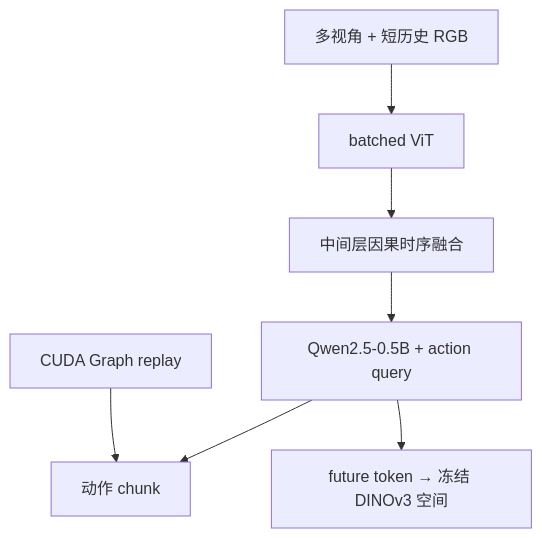
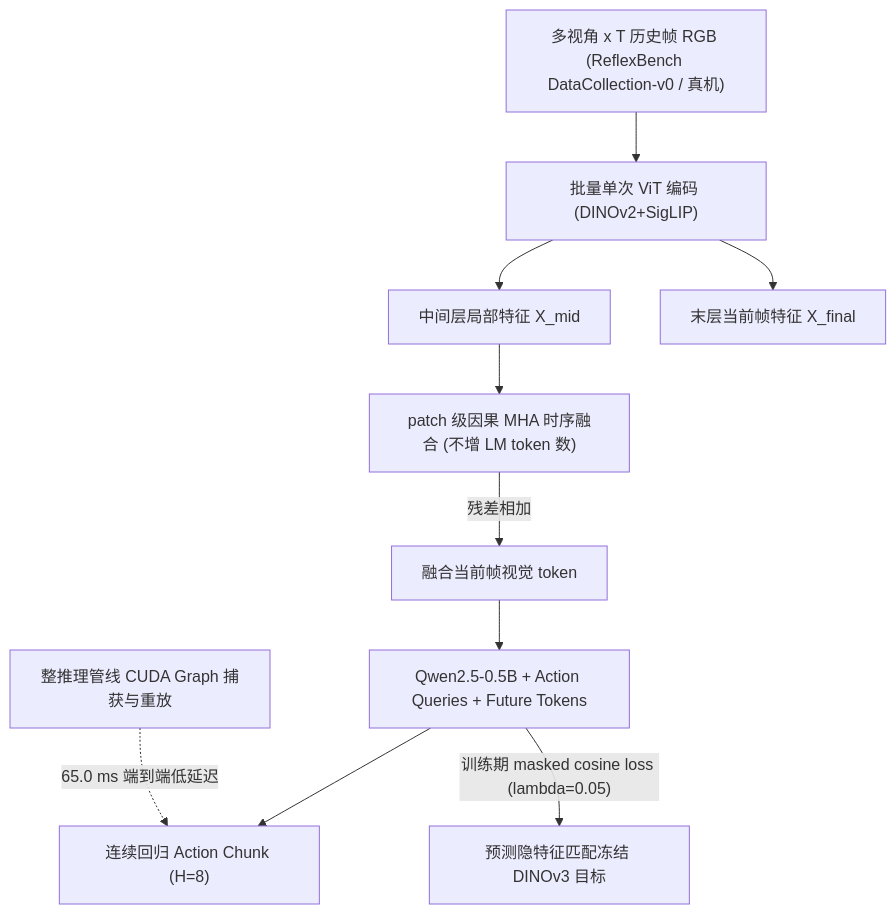
The first of 2 diagrams in wiki/entities/paper-reflexvla.md (ImChong/Robotics_Notebooks), drawn with Mermaid before and after one commit. The commit also changed other lines of this file and 192 other files, not shown here.

Commit message:
[2026-11-14] ingest | roadmap/depth-vla.md — 补齐 VLA 纵深路线全部节点原文证据与满分健康度

````diff
--- a/wiki/entities/paper-reflexvla.md
+++ b/wiki/entities/paper-reflexvla.md
@@ -88,9 +83,12 @@
 ```mermaid
 flowchart TB
-  obs["多视角 + 短历史 RGB"] --> vit["batched ViT"]
-  vit --> fuse["中间层因果时序融合"]
-  fuse --> lm["Qwen2.5-0.5B + action query"]
-  lm --> act["动作 chunk"]
-  lm --> fut["future token → 冻结 DINOv3 空间"]
-  cudaReplay["CUDA Graph replay"] --> act
+  obs["多视角 x T 历史帧 RGB (ReflexBench DataCollection-v0 / 真机)"] --> batchVit["批量单次 ViT 编码 (DINOv2+SigLIP)"]
+  batchVit --> midFeat["中间层局部特征 X_mid"]
+  midFeat --> tempFuse["patch 级因果 MHA 时序融合 (不增 LM token 数)"]
+  batchVit --> finalFeat["末层当前帧特征 X_final"]
+  tempFuse -->|"残差相加"| fused["融合当前帧视觉 token"]
+  fused --> qwen["Qwen2.5-0.5B + Action Queries + Future Tokens"]
+  qwen --> act["连续回归 Action Chunk (H=8)"]
+  qwen -->|"训练期 masked cosine loss (lambda=0.05)"| fut["预测隐特征匹配冻结 DINOv3 目标"]
+  cuda["整推理管线 CUDA Graph 捕获与重放"] -.->|"65.0 ms 端到端低延迟"| act
 ```
````
